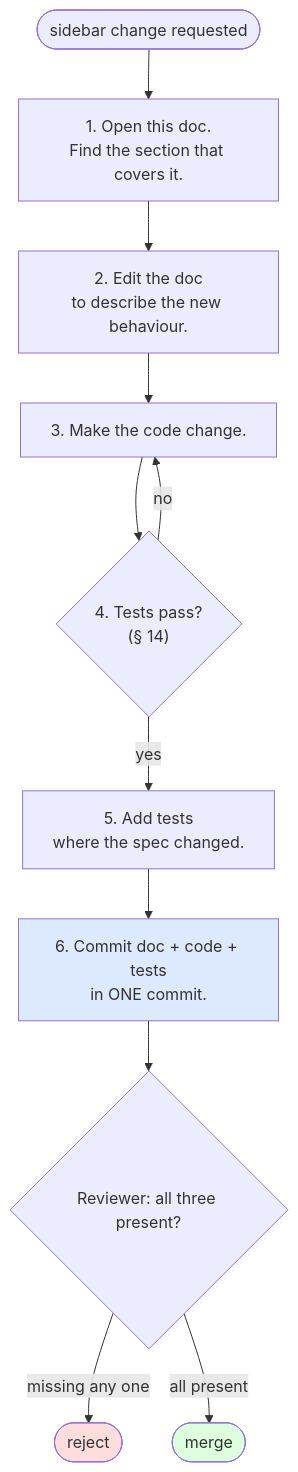
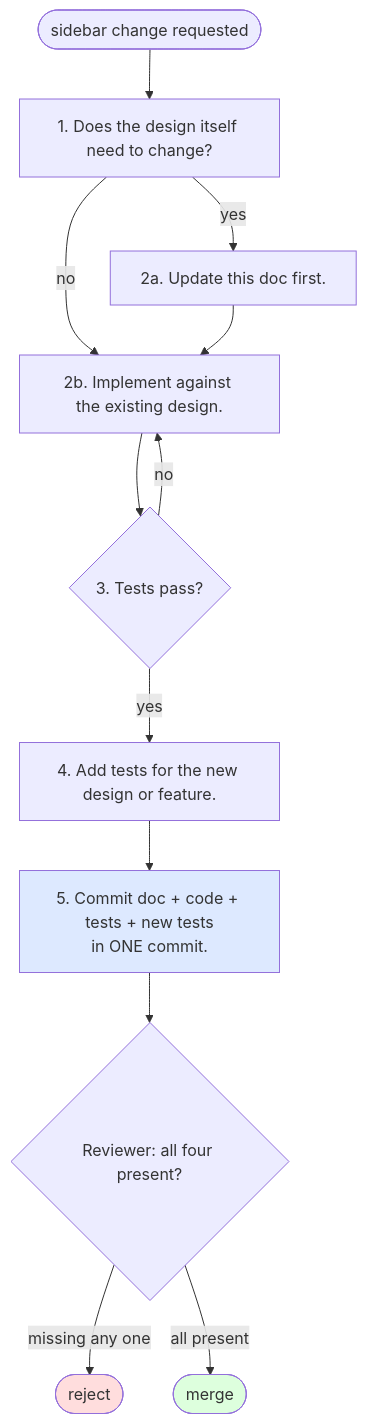
One commit to Qing-LAB/molbuilder changed the sixth of 6 diagrams in docs/protocols/projects-sidebar.md. Above: the diagram before and after it, drawn with Mermaid. The commit also changed other lines of this file, not shown here.

First line of the commit message:
docs/projects-sidebar: rewrite as design-first reference

````diff
--- a/docs/protocols/projects-sidebar.md
+++ b/docs/protocols/projects-sidebar.md
@@ -1001,17 +530,18 @@
 ```mermaid
 flowchart TD
-    start([sidebar change requested]) --> findsec["1. Open this doc.<br/>Find the section that covers it."]
-    findsec --> editdoc["2. Edit the doc<br/>to describe the new behaviour."]
-    editdoc --> editcode["3. Make the code change."]
-    editcode --> runtests{"4. Tests pass?<br/>(§ 14)"}
+    start([sidebar change requested]) --> revisit["1. Does the design itself need to change?"]
+    revisit -->|yes| editdoc["2a. Update this doc first."]
+    revisit -->|no| editcode["2b. Implement against the existing design."]
+    editdoc --> editcode
+    editcode --> runtests{"3. Tests pass?"}
     runtests -->|no| editcode
-    runtests -->|yes| addtests["5. Add tests<br/>where the spec changed."]
-    addtests --> commit["6. Commit doc + code + tests<br/>in ONE commit."]
-    commit --> review{"Reviewer: all three present?"}
+    runtests -->|yes| addtests["4. Add tests for the new design or feature."]
+    addtests --> commit["5. Commit doc + code + tests + new tests<br/>in ONE commit."]
+    commit --> review{"Reviewer: all four present?"}
     review -->|missing any one| reject([reject])
     review -->|all present| land([merge])
 
     style commit fill:#dde9ff
     style reject fill:#fdd
     style land fill:#dfd
 ```
````
